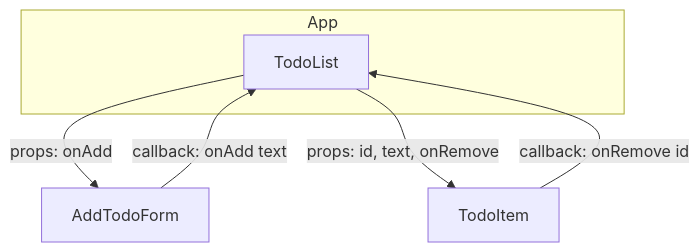
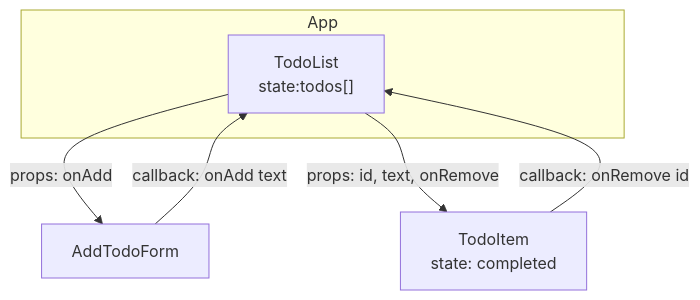
Before and after one commit to Unding-884/lab3: the diagram in README.md, drawn with Mermaid. The commit also changed other lines of this file, not shown here.

First line of the commit message:
Enhance component tree diagram with state details

````diff
--- a/README.md
+++ b/README.md
@@ -22,13 +15,13 @@
 ```mermaid
 flowchart TD
 
     subgraph App
-        TL[TodoList]
+        TL[TodoList<br>state:todos#91;&#93]
     end
 
     TL -->|props: onAdd| AF[AddTodoForm]
-    TL -->|props: id, text, onRemove| TI[TodoItem]
+    TL -->|props: id, text, onRemove| TI[TodoItem<br>state: completed]
 
     AF -->|callback: onAdd text| TL
     TI -->|callback: onRemove id| TL
 ```
````
